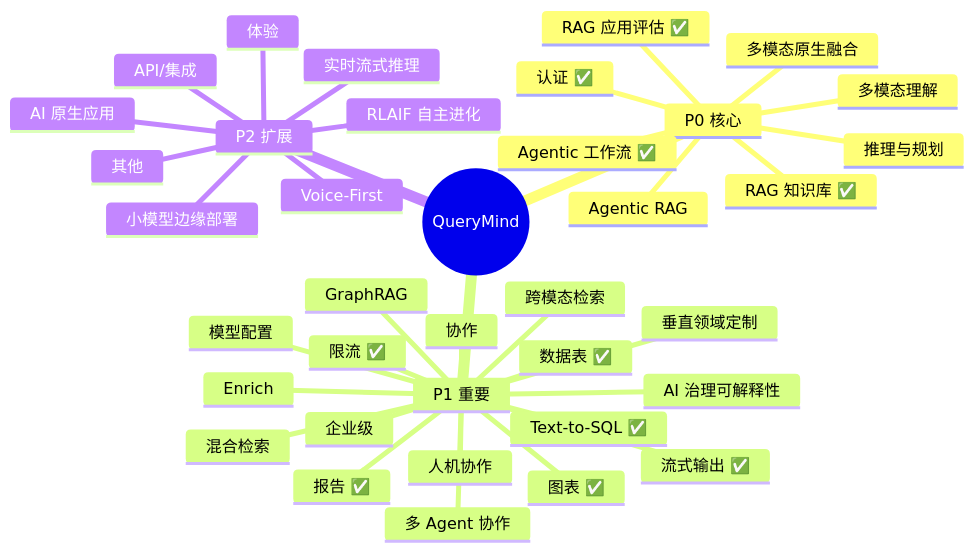
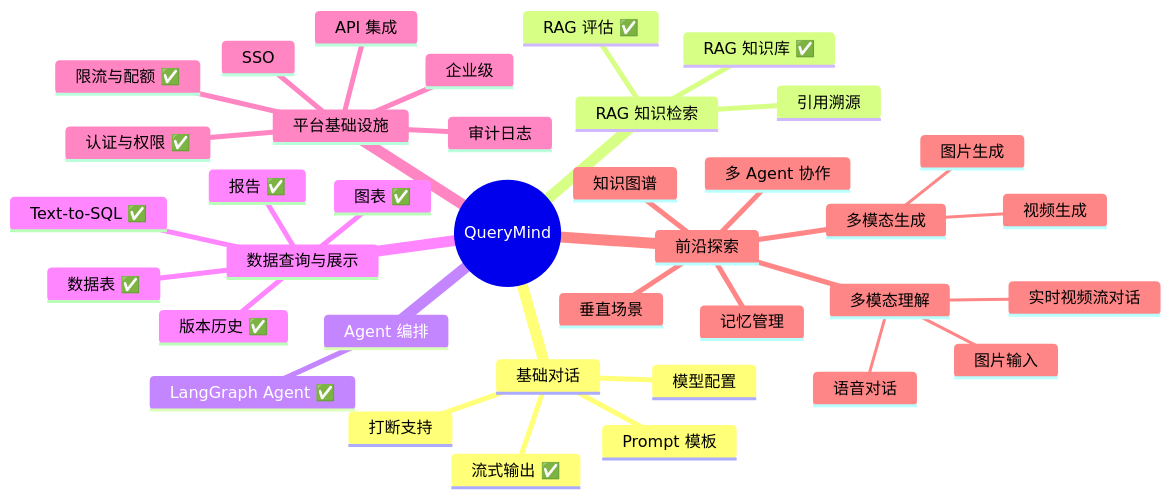
One commit to EarthShakers/query-mind changed the diagram in docs/PRODUCT_CAPABILITIES.md. Above: the diagram before and after it, drawn with Mermaid. The commit also changed other lines of this file, not shown here.

````diff
--- a/docs/PRODUCT_CAPABILITIES.md
+++ b/docs/PRODUCT_CAPABILITIES.md
@@ -42,40 +21,40 @@
 ```mermaid
 mindmap
   root((QueryMind))
-    P0 核心
-      RAG 知识库 ✅
-      RAG 应用评估 ✅
-      Agentic 工作流 ✅
-      多模态理解
-      认证 ✅
-      Agentic RAG
-      推理与规划
-      多模态原生融合
-    P1 重要
-      报告 ✅
-      跨模态检索
-      图表 ✅
-      Text-to-SQL ✅         
-      数据表 ✅    
-      协作
-      限流 ✅
-      企业级
+    基础对话
       流式输出 ✅
       模型配置
-      GraphRAG
-      混合检索
-      Enrich
-      AI 治理可解释性
+      Prompt 模板
+      打断支持
+    RAG 知识检索
+      RAG 知识库 ✅
+      RAG 评估 ✅
+      引用溯源
+    Agent 编排
+      LangGraph Agent ✅
+    数据查询与展示
+      Text-to-SQL ✅
+      数据表 ✅
+      图表 ✅
+      报告 ✅
+      版本历史 ✅
+    平台基础设施
+      认证与权限 ✅
+      限流与配额 ✅
+      SSO
+      审计日志
+      企业级
+      API 集成
+    前沿探索
+      多模态理解
+        语音对话
+        实时视频流对话
+        图片输入
+      多模态生成
+        图片生成
+        视频生成
       多 Agent 协作
-      垂直领域定制
-      人机协作
-    P2 扩展
-      体验
-      API/集成
-      其他
-      小模型边缘部署
-      实时流式推理
-      AI 原生应用
-      Voice-First
-      RLAIF 自主进化
+      记忆管理
+      垂直场景
+      知识图谱
 ```
````
